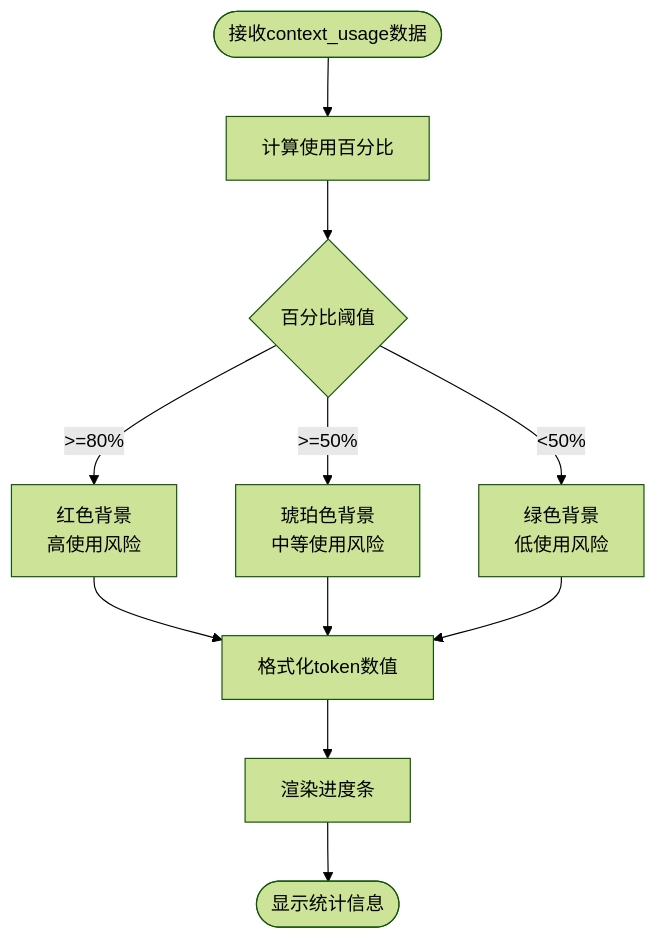
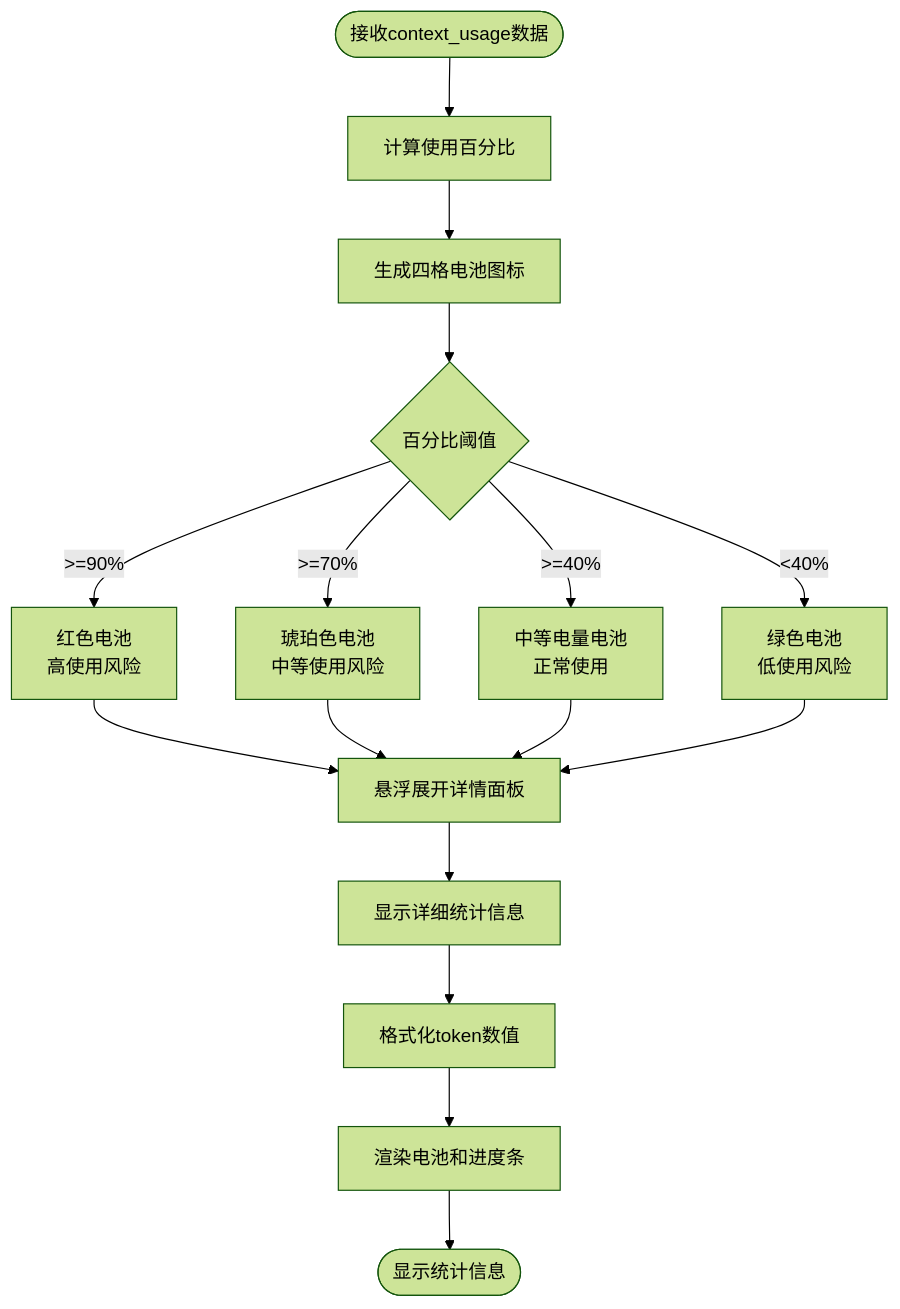
Before and after one commit to KunLabAI/KunFlix: the third of 8 diagrams in .qoder/repowiki/zh/content/前端应用架构/UI组件库/AI助手组件.md, drawn with Mermaid (forest theme). The commit also changed other lines of this file and 15 other files, not shown here.

````diff
--- a/.qoder/repowiki/zh/content/前端应用架构/UI组件库/AI助手组件.md
+++ b/.qoder/repowiki/zh/content/前端应用架构/UI组件库/AI助手组件.md
@@ -168,13 +170,18 @@
 ```mermaid
 flowchart TD
 Start(["接收context_usage数据"]) --> Calc["计算使用百分比"]
-Calc --> Color{"百分比阈值"}
-Color --> |>=80%| Red["红色背景<br/>高使用风险"]
-Color --> |>=50%| Amber["琥珀色背景<br/>中等使用风险"]
-Color --> |<50%| Green["绿色背景<br/>低使用风险"]
-Red --> Format["格式化token数值"]
-Amber --> Format
-Green --> Format
-Format --> Render["渲染进度条"]
+Calc --> Battery["生成四格电池图标"]
+Battery --> Color{"百分比阈值"}
+Color --> |>=90%| Red["红色电池<br/>高使用风险"]
+Color --> |>=70%| Amber["琥珀色电池<br/>中等使用风险"]
+Color --> |>=40%| Medium["中等电量电池<br/>正常使用"]
+Color --> |<40%| Green["绿色电池<br/>低使用风险"]
+Red --> Hover["悬浮展开详情面板"]
+Amber --> Hover
+Medium --> Hover
+Green --> Hover
+Hover --> Details["显示详细统计信息"]
+Details --> Format["格式化token数值"]
+Format --> Render["渲染电池和进度条"]
 Render --> End(["显示统计信息"])
 ```
````
